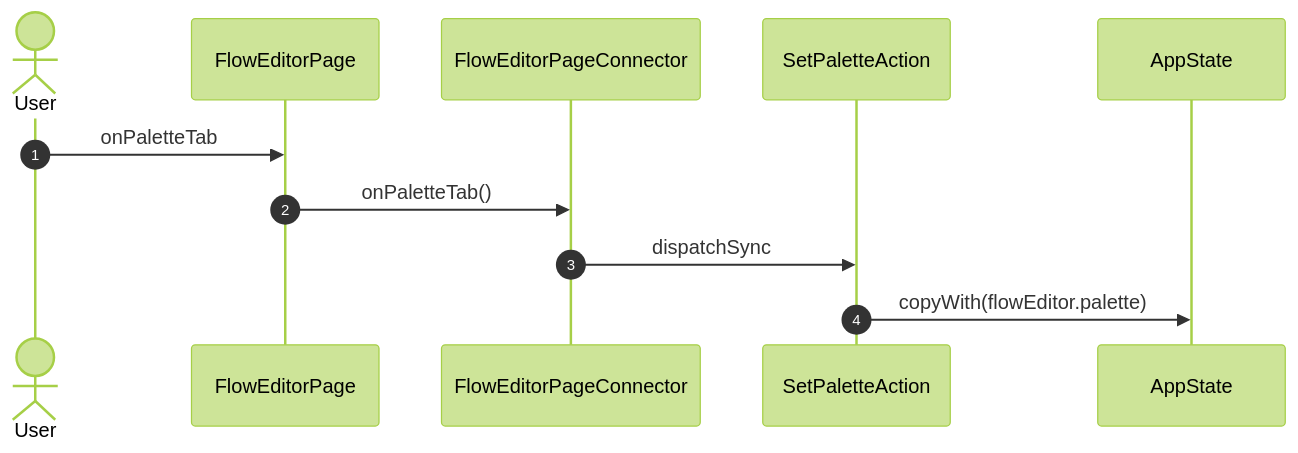
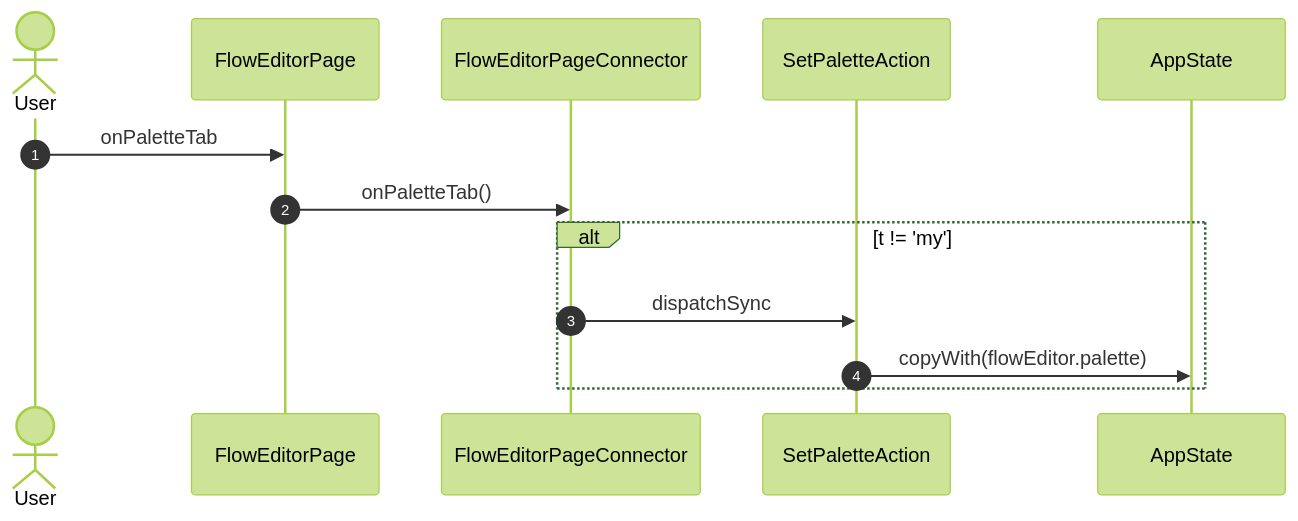
The fifth of 20 diagrams in studio/docs/flows/flowEditor.md (gencto/wyrm), drawn with Mermaid (forest theme) before and after one commit. The commit also changed other lines of this file and 48 other files, not shown here.

````diff
--- a/studio/docs/flows/flowEditor.md
+++ b/studio/docs/flows/flowEditor.md
@@ -99,14 +81,16 @@
 ```mermaid
 sequenceDiagram
     autonumber
     actor User
     participant UI as FlowEditorPage
     participant VM as FlowEditorPageConnector
     participant A1 as SetPaletteAction
     participant ST as AppState
 
     User->>UI: onPaletteTab
     UI->>VM: onPaletteTab()
-    VM->>A1: dispatchSync
-    A1->>ST: copyWith(flowEditor.palette)
+    alt t != 'my'
+        VM->>A1: dispatchSync
+        A1->>ST: copyWith(flowEditor.palette)
+    end
 ```
````
